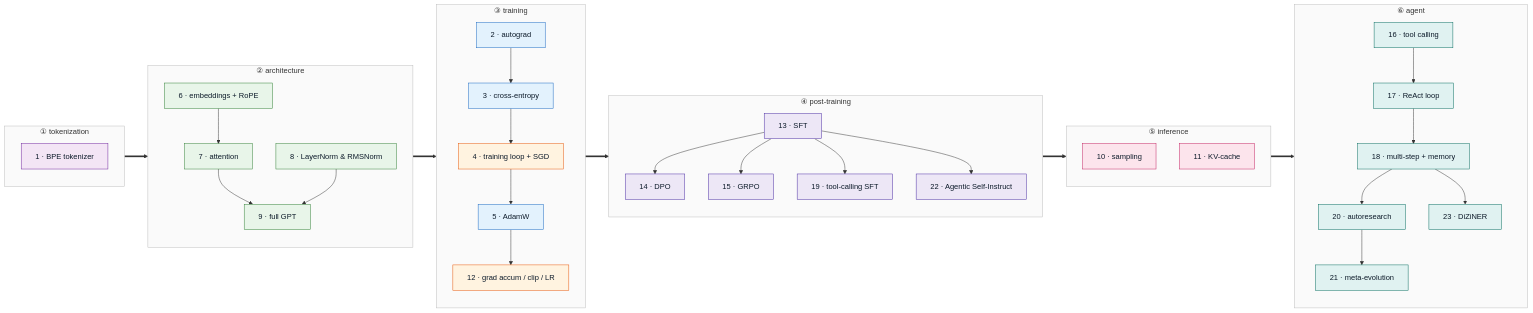
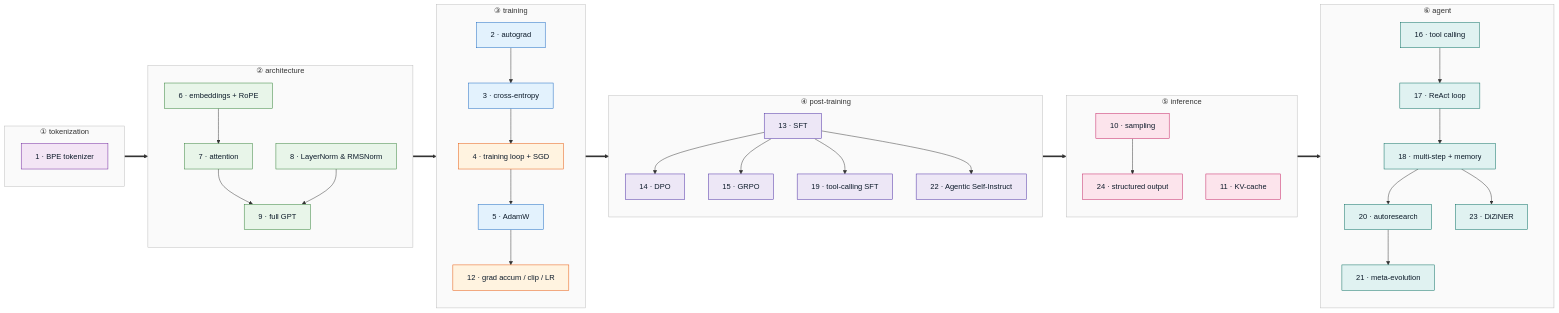
One commit to WeerayutBu/learning-llm-components changed the diagram in README.md. Above: the diagram before and after it, drawn with Mermaid. The commit also changed other lines of this file and 24 other files, not shown here.

Commit message:
inf_structured_output

````diff
--- a/README.md
+++ b/README.md
@@ -16,75 +16,77 @@
 ```mermaid
 flowchart LR
     subgraph TOKENIZE["① tokenization"]
         direction TB
         M1[1 · BPE tokenizer]:::token
     end
 
     subgraph ARCH["② architecture"]
         direction TB
         M6[6 · embeddings + RoPE]:::arch
         M8[8 · LayerNorm & RMSNorm]:::arch
         M7[7 · attention]:::arch
         M9[9 · full GPT]:::arch
         M6 --> M7 --> M9
         M8 --> M9
     end
 
     subgraph TRAIN["③ training"]
         direction TB
         M2[2 · autograd]:::found
         M3[3 · cross-entropy]:::found
         M4[4 · training loop + SGD]:::train
         M5[5 · AdamW]:::found
         M12[12 · grad accum / clip / LR]:::train
         M2 --> M3 --> M4 --> M5 --> M12
     end
 
     subgraph POST["④ post-training"]
         direction TB
         M13[13 · SFT]:::post
         M14[14 · DPO]:::post
         M15[15 · GRPO]:::post
         M19[19 · tool-calling SFT]:::post
         M22[22 · Agentic Self-Instruct]:::post
         M13 --> M14
         M13 --> M15
         M13 --> M19
         M13 --> M22
     end
 
     subgraph INFER["⑤ inference"]
         direction TB
         M10[10 · sampling]:::infer
+        M24[24 · structured output]:::infer
+        M10 --> M24
         M11[11 · KV-cache]:::infer
     end
 
     subgraph AGENT["⑥ agent"]
         direction TB
         M16[16 · tool calling]:::agent
         M17[17 · ReAct loop]:::agent
         M18[18 · multi-step + memory]:::agent
         M20[20 · autoresearch]:::agent
         M21[21 · meta-evolution]:::agent
         M23[23 · DiZiNER]:::agent
         M16 --> M17 --> M18 --> M20 --> M21
         M18 --> M23
     end
 
     %% block-to-block flow
     TOKENIZE ==> ARCH ==> TRAIN ==> POST ==> INFER ==> AGENT
 
     classDef found fill:#e3f2fd,stroke:#1565c0,color:#0d1b2a
     classDef train fill:#fff3e0,stroke:#e65100,color:#0d1b2a
     classDef token fill:#f3e5f5,stroke:#6a1b9a,color:#0d1b2a
     classDef arch fill:#e8f5e9,stroke:#2e7d32,color:#0d1b2a
     classDef infer fill:#fce4ec,stroke:#c2185b,color:#0d1b2a
     classDef post fill:#ede7f6,stroke:#4527a0,color:#0d1b2a
     classDef agent fill:#e0f2f1,stroke:#00695c,color:#0d1b2a
     style TOKENIZE fill:#fafafa,stroke:#bbb,color:#333
     style ARCH fill:#fafafa,stroke:#bbb,color:#333
     style TRAIN fill:#fafafa,stroke:#bbb,color:#333
     style POST fill:#fafafa,stroke:#bbb,color:#333
     style INFER fill:#fafafa,stroke:#bbb,color:#333
     style AGENT fill:#fafafa,stroke:#bbb,color:#333
 ```
````
